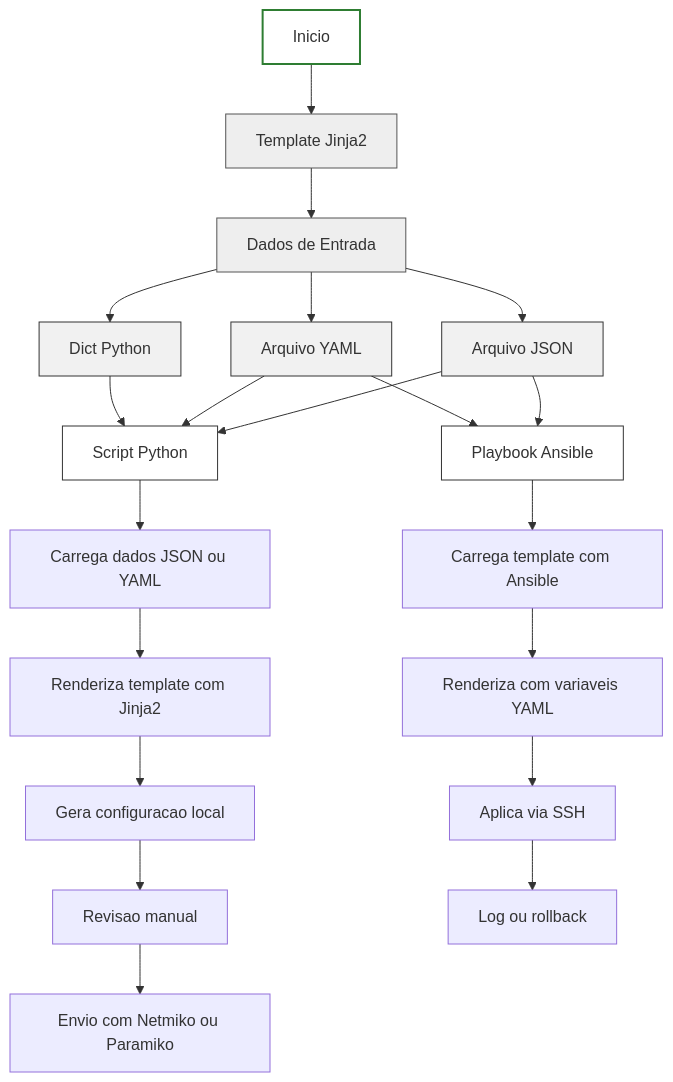
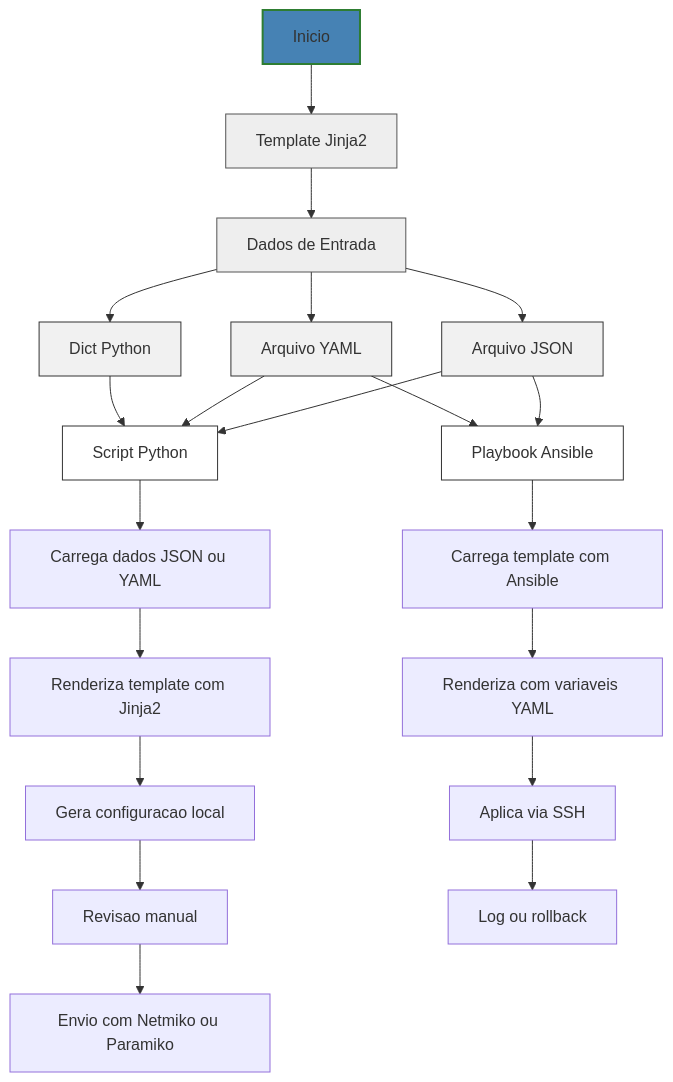
One commit to alcancil/Cisco changed the diagram in CCNP 350-401 ENCOR/06 - Automation/15- Python - Basico 10 - Manipulacao de arquivos/Arquivos/j2/README.md. Above: the diagram before and after it, drawn with Mermaid.

Commit message:
Alterado o arquivo README.md

````diff
--- a/CCNP 350-401 ENCOR/06 - Automation/15- Python - Basico 10 - Manipulacao de arquivos/Arquivos/j2/README.md
+++ b/CCNP 350-401 ENCOR/06 - Automation/15- Python - Basico 10 - Manipulacao de arquivos/Arquivos/j2/README.md
@@ -50,36 +50,36 @@
 ```mermaid
 flowchart TB
 
     A[Inicio] --> B[Template Jinja2]
     B --> C[Dados de Entrada]
 
     C --> C1[Arquivo JSON]
     C --> C2[Arquivo YAML]
     C --> C3[Dict Python]
 
     %% Caminho com Python puro
     C1 & C2 & C3 --> D[Script Python]
     D --> E[Carrega dados JSON ou YAML]
     E --> F[Renderiza template com Jinja2]
     F --> G[Gera configuracao local]
     G --> H[Revisao manual]
     H --> I[Envio com Netmiko ou Paramiko]
 
     %% Caminho com Ansible
     C1 & C2 --> J[Playbook Ansible]
     J --> K[Carrega template com Ansible]
     K --> L[Renderiza com variaveis YAML]
     L --> M[Aplica via SSH]
     M --> N[Log ou rollback]
 
     %% Cores atualizadas
-    style A fill:#ffffff,stroke:#2e7d32,stroke-width:2px
+    style A fill:#4682B4,stroke:#2e7d32,stroke-width:2px
     style B fill:#eeeeee,stroke:#555
     style C fill:#eeeeee,stroke:#555
     style C1 fill:#f1f1f1,stroke:#333
     style C2 fill:#f1f1f1,stroke:#333
     style C3 fill:#f1f1f1,stroke:#333
     style D fill:#ffffff,stroke:#333
     style J fill:#ffffff,stroke:#333
 
 ```
````
